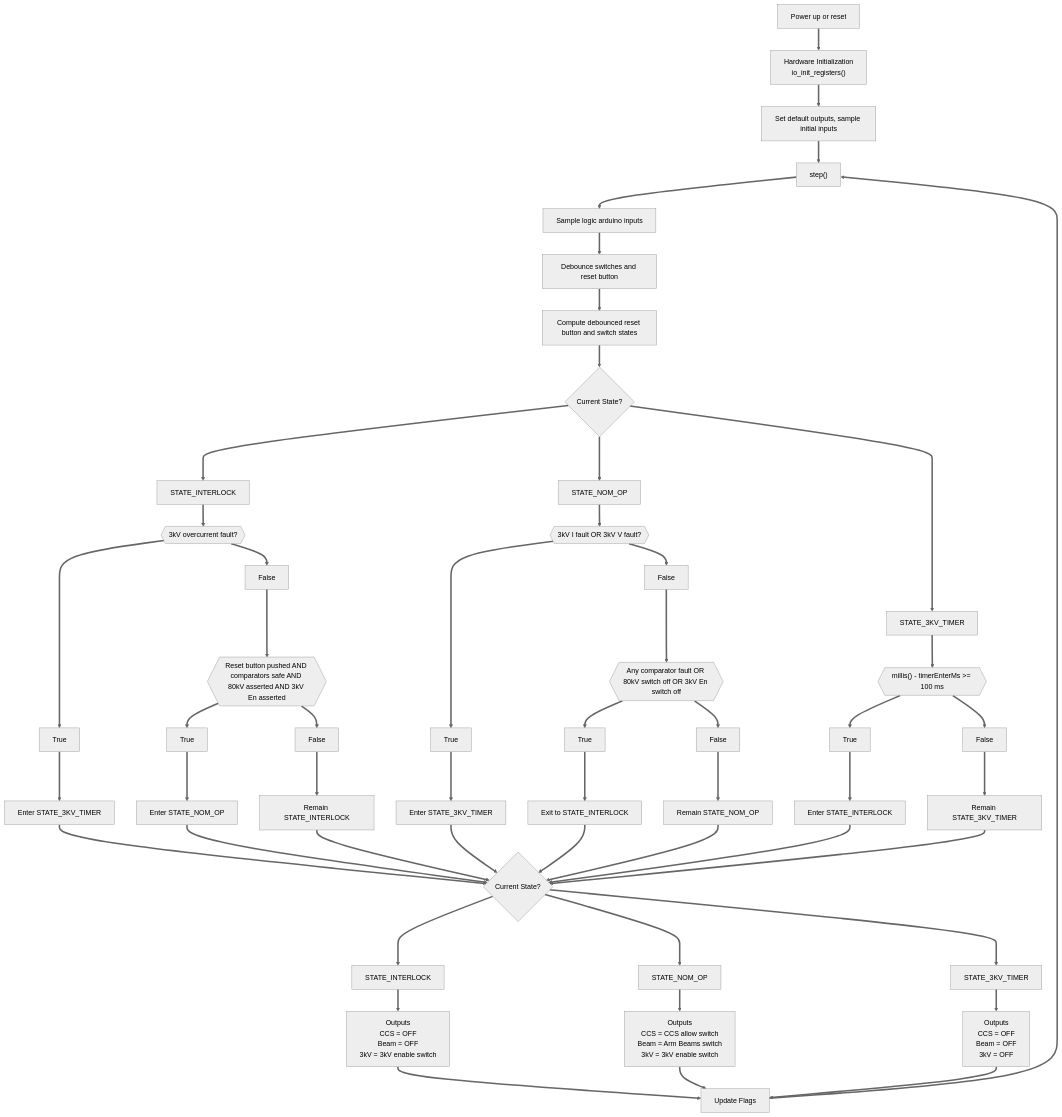
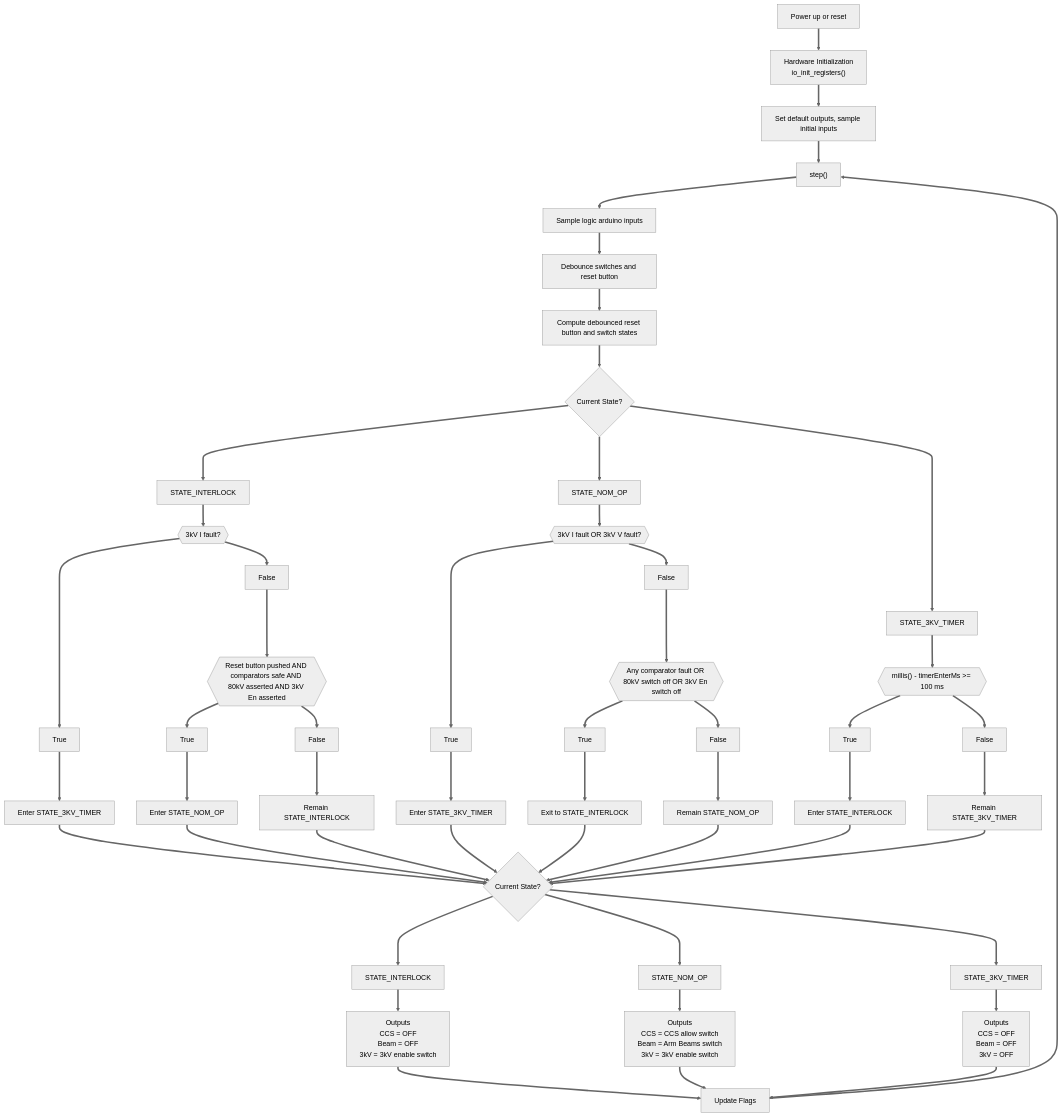
Before and after one commit to uw-loci/knob-box: the diagram in logic_arduino_mermaid.md, drawn with Mermaid (neutral theme).

````diff
--- a/logic_arduino_mermaid.md
+++ b/logic_arduino_mermaid.md
@@ -1,74 +1,74 @@
 ```mermaid
 flowchart TD
     START[Power up or reset]
     START ==> INIT["Hardware Initialization\nio_init_registers()"]
     INIT ==> DEFAULT["Set default outputs, sample initial inputs"]
     DEFAULT ==> LOOP["step()"]
 
     LOOP ==> SAMPLE[Sample logic arduino inputs]
 
     SAMPLE ==> DEBOUNCE[Debounce switches and reset button]
 
     DEBOUNCE ==> SWITCHES[Compute debounced reset button and switch states]
 
     SWITCHES ==> STATE{Current State?}
 
     STATE ===> INTERLOCK[STATE_INTERLOCK]
-    INTERLOCK ==> I_3KVI{{3kV overcurrent fault?}}
+    INTERLOCK ==> I_3KVI{{3kV I fault?}}
     I_3KVI ==> I_3KVI_T[True]
     I_3KVI ==> I_3KVI_F[False]
     I_3KVI_T ===> I_TO_TIMER[Enter STATE_3KV_TIMER]
     I_3KVI_F ===> I_NOMOP_COND{{Reset button pushed AND comparators safe AND 80kV asserted AND 3kV En asserted}}
 
     I_NOMOP_COND ==> I_NOMOP_T[True]
     I_NOMOP_COND ==> I_NOMOP_F[False]
     I_NOMOP_T ===> I_TO_NOMOP[Enter STATE_NOM_OP]
     I_NOMOP_F ===> I_STAY_I[Remain STATE_INTERLOCK]
 
     I_TO_TIMER ==> OUT_STATE
     I_TO_NOMOP ==> OUT_STATE
     I_STAY_I ==> OUT_STATE
 
     STATE ===> NOMOP[STATE_NOM_OP]
     NOMOP ==> N_3KVFAULT{{3kV I fault OR 3kV V fault?}}
     N_3KVFAULT ==> N_3KV_T[True]
     N_3KVFAULT ==> N_3KV_F[False]
     N_3KV_T ===> N_TO_TIMER[Enter STATE_3KV_TIMER]
     N_3KV_F ===> N_OTHERFAULT{{Any comparator fault OR 80kV switch off OR 3kV En switch off}}
 
     N_OTHERFAULT ==> N_OTHER_T[True]
     N_OTHERFAULT ==> N_OTHER_F[False]
     N_OTHER_T ===> N_TO_INTERLOCK[Exit to STATE_INTERLOCK]
     N_OTHER_F ===> N_STAY_N[Remain STATE_NOM_OP]
 
     N_TO_TIMER ==> OUT_STATE
     N_TO_INTERLOCK ==> OUT_STATE
     N_STAY_N ==> OUT_STATE
 
     STATE ===> TIMER[STATE_3KV_TIMER]
     TIMER ==> T_EXPIRE{{"millis() - timerEnterMs >= 100 ms"}}
     T_EXPIRE ==> T_EXP_T[True]
     T_EXPIRE ==> T_EXP_F[False]
     T_EXP_T ===> T_TO_INTERLOCK[Enter STATE_INTERLOCK]
     T_EXP_F ===> T_STAY_T[Remain STATE_3KV_TIMER]
 
     T_TO_INTERLOCK ==> OUT_STATE
     T_STAY_T ==> OUT_STATE
 
     OUT_STATE{Current State?}
 
     OUT_STATE ===> OUT_INTERLOCK_STATE[STATE_INTERLOCK]
     OUT_STATE ===> OUT_NOMOP_STATE[STATE_NOM_OP]
     OUT_STATE ===> OUT_TIMER_STATE[STATE_3KV_TIMER]
 
     OUT_INTERLOCK_STATE ==> OUT_INTERLOCK[Outputs\nCCS = OFF\nBeam = OFF\n3kV = 3kV enable switch]
     OUT_NOMOP_STATE ==> OUT_NOMOP[Outputs\nCCS = CCS allow switch\nBeam = Arm Beams switch\n3kV = 3kV enable switch]
     OUT_TIMER_STATE ==> OUT_TIMER[Outputs\nCCS = OFF\nBeam = OFF\n3kV = OFF]
 
     OUT_INTERLOCK ==> FLAGS[Update Flags]
     OUT_NOMOP ==> FLAGS
     OUT_TIMER ==> FLAGS
 
     FLAGS ==> LOOP
 
 ```
````
